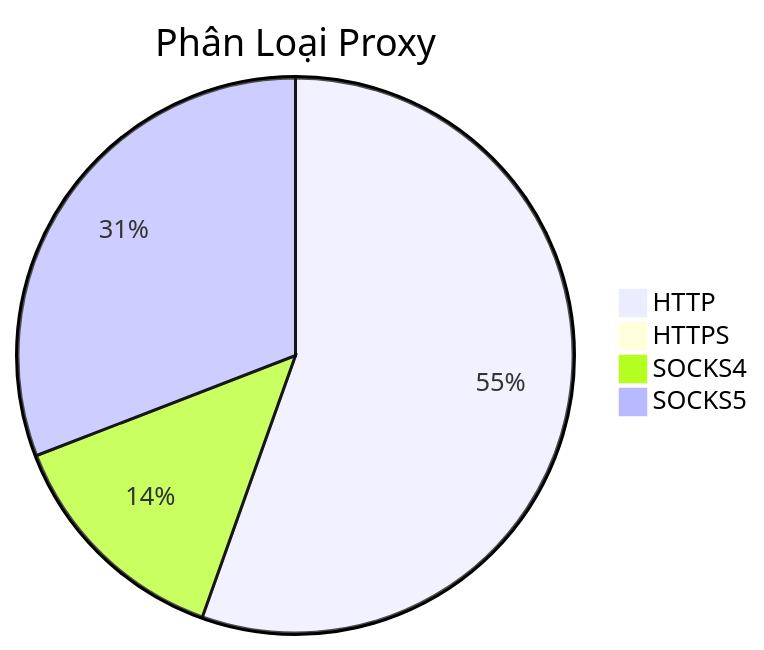
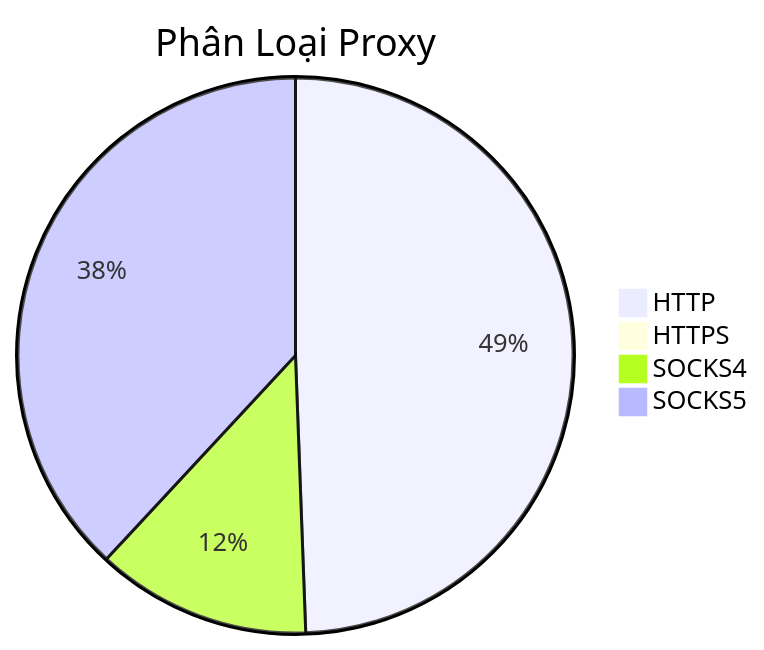
Before and after one commit to Ciara-Aa/PROXY-free: the diagram in README.md, drawn with Mermaid. The commit also changed other lines of this file and 4 other files, not shown here.

````diff
--- a/README.md
+++ b/README.md
@@ -26,7 +26,7 @@
 ```mermaid
 pie title Phân Loại Proxy
-    "HTTP" : 397
-    "HTTPS" : 4
-    "SOCKS4" : 98
-    "SOCKS5" : 221
+    "HTTP" : 336
+    "HTTPS" : 3
+    "SOCKS4" : 85
+    "SOCKS5" : 259
 ```
````
